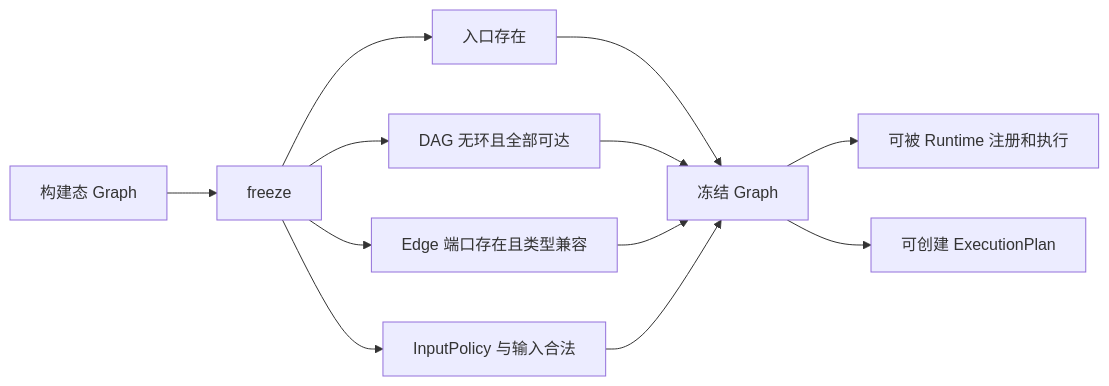
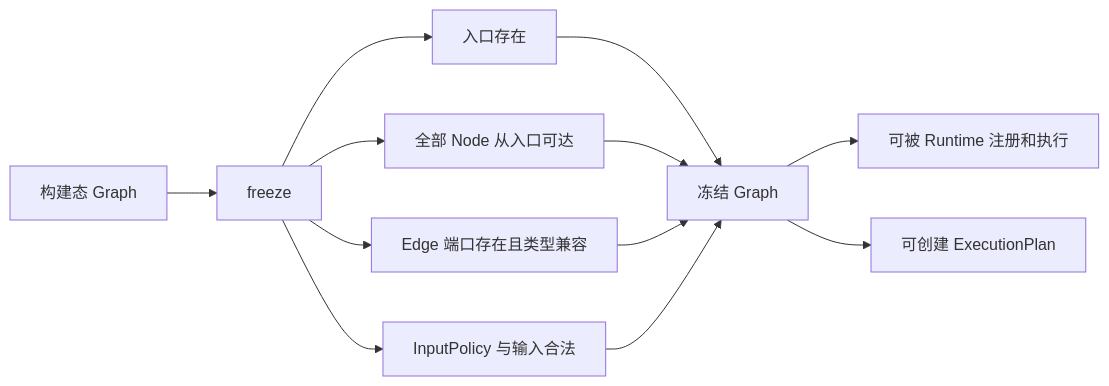
The fifth of 6 diagrams in docs/architecture.md (KKKKKKKEM/bricks), drawn with Mermaid before and after one commit. The commit also changed other lines of this file and 11 other files, not shown here.

Commit message:
feat: support cyclic graph execution

````diff
--- a/docs/architecture.md
+++ b/docs/architecture.md
@@ -175,14 +175,14 @@
 ```mermaid
 flowchart LR
     Build[构建态 Graph] --> Freeze[freeze]
     Freeze --> EntryCheck[入口存在]
-    Freeze --> DagCheck[DAG 无环且全部可达]
+    Freeze --> ReachableCheck[全部 Node 从入口可达]
     Freeze --> PortCheck[Edge 端口存在且类型兼容]
     Freeze --> PolicyCheck[InputPolicy 与输入合法]
     EntryCheck --> Frozen[冻结 Graph]
-    DagCheck --> Frozen
+    ReachableCheck --> Frozen
     PortCheck --> Frozen
     PolicyCheck --> Frozen
     Frozen --> Execute[可被 Runtime 注册和执行]
     Frozen --> Plan[可创建 ExecutionPlan]
 ```
````
